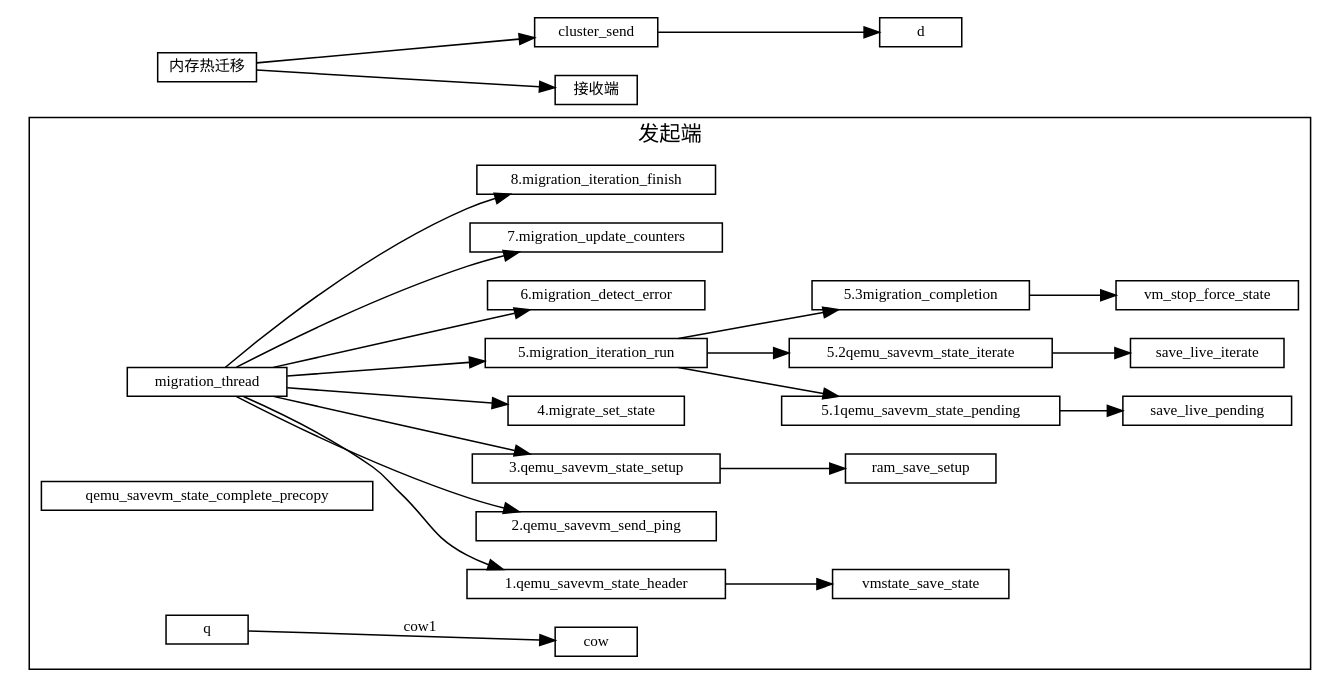
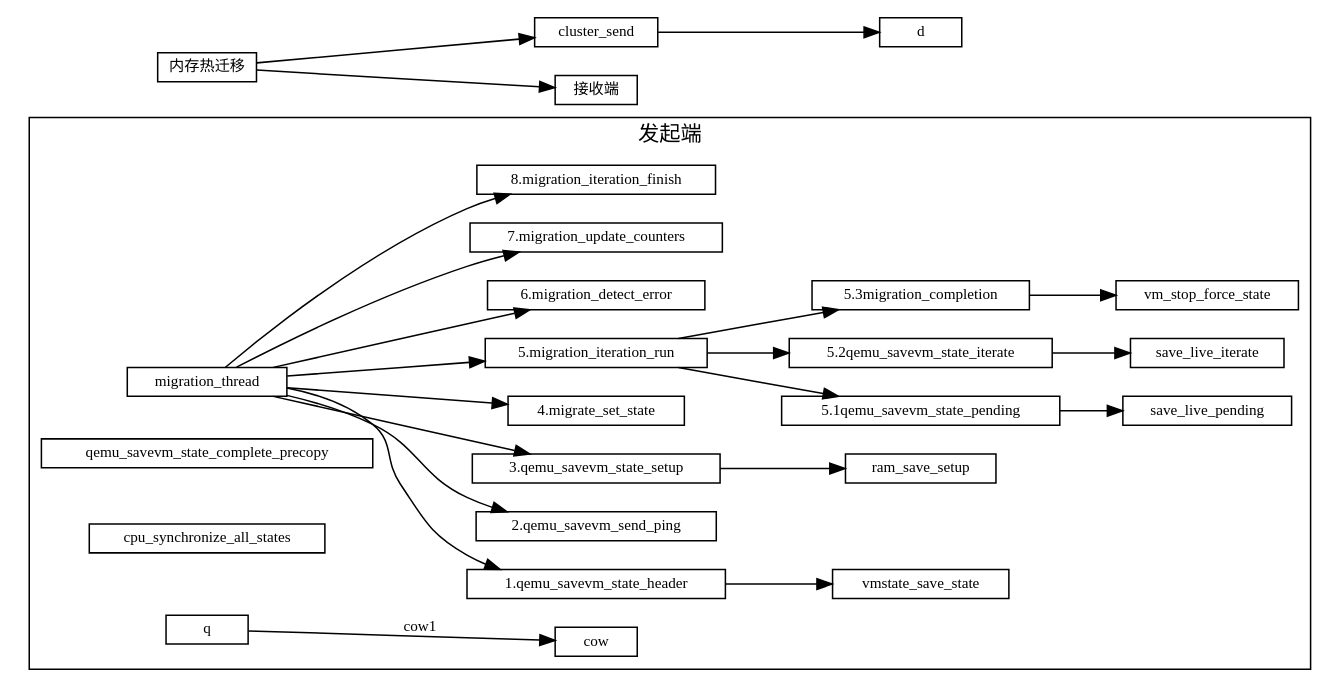
Before and after one commit to sisyphus1212/note: the diagram in 虚拟化/热迁移/1-内存热迁移.md, drawn with Graphviz.

Commit message:
auto_update

````diff
--- a/虚拟化/热迁移/1-内存热迁移.md
+++ b/虚拟化/热迁移/1-内存热迁移.md
@@ -11,60 +11,61 @@
 ```graphviz
 digraph {
 fontname="Helvetica,Arial,sans-serif"
 //node [fontname="Helvetica,Arial,sans-serif"]
 //edge [fontname="Helvetica,Arial,sans-serif"]
 rankdir="LR"
 node [fontsize=10, shape=record, height=0.25]
 edge [fontsize=10]
   subgraph send {
     cluster=true;
     label="发起端";
     qemu_savevm_state_header[label="1.qemu_savevm_state_header"];
     qemu_savevm_send_ping[label="2.qemu_savevm_send_ping"];
     qemu_savevm_state_setup[label="3.qemu_savevm_state_setup"];
     migrate_set_state[label="4.migrate_set_state"];
     migration_iteration_run[label="5.migration_iteration_run"];
 
     migration_detect_error[label="6.migration_detect_error"];
     migration_update_counters[label="7.migration_update_counters"];
     migration_iteration_finish[label="8.migration_iteration_finish"];
 
     migration_thread -> qemu_savevm_state_header
                      -> vmstate_save_state;
     migration_thread -> qemu_savevm_send_ping;
     migration_thread -> qemu_savevm_state_setup
                      -> ram_save_setup;
     migration_thread -> migrate_set_state;
 
     qemu_savevm_state_pending[label="5.1qemu_savevm_state_pending"];
     qemu_savevm_state_iterate[label="5.2qemu_savevm_state_iterate"];
     migration_completion[label="5.3migration_completion"];
 
     vm_stop_force_state
     qemu_savevm_state_complete_precopy
+    cpu_synchronize_all_states
 
     migration_thread ->
          migration_iteration_run->qemu_savevm_state_pending
                                 ->save_live_pending;
          migration_iteration_run->qemu_savevm_state_iterate
                                 ->save_live_iterate;
          migration_iteration_run->migration_completion
                                 ->vm_stop_force_state;
 
 
     migration_thread -> migration_detect_error
     migration_thread -> migration_update_counters
     migration_thread -> migration_iteration_finish
 
 
 
     q -> cow[label="cow1"];
   }
 
 内存热迁移 [label="内存热迁移"]
 内存热迁移 -> cluster_send
            -> d
 
 内存热迁移 -> 接收端
 }
 ```
````
